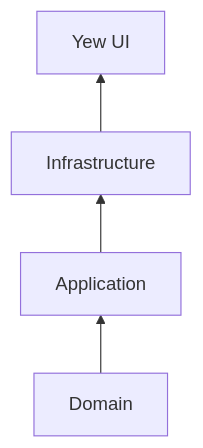
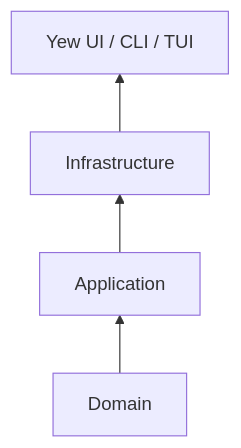
The fifth of 5 diagrams in konnekt-session-workspace/architecture/overview.md (konnektoren/konnekt-session), drawn with Mermaid before and after one commit. The commit also changed other lines of this file and 3 other files, not shown here.

Commit message:
:memo: adds architecture notes

````diff
--- a/konnekt-session-workspace/architecture/overview.md
+++ b/konnekt-session-workspace/architecture/overview.md
@@ -47,6 +99,11 @@
 ```mermaid
 graph BT
+    Domain[Domain]
+    Application[Application]
+    Infrastructure[Infrastructure]
+    UI[Yew UI / CLI / TUI]
+
     Domain --> Application
     Application --> Infrastructure
-    Infrastructure --> UI[Yew UI]
+    Infrastructure --> UI
 ```
````
